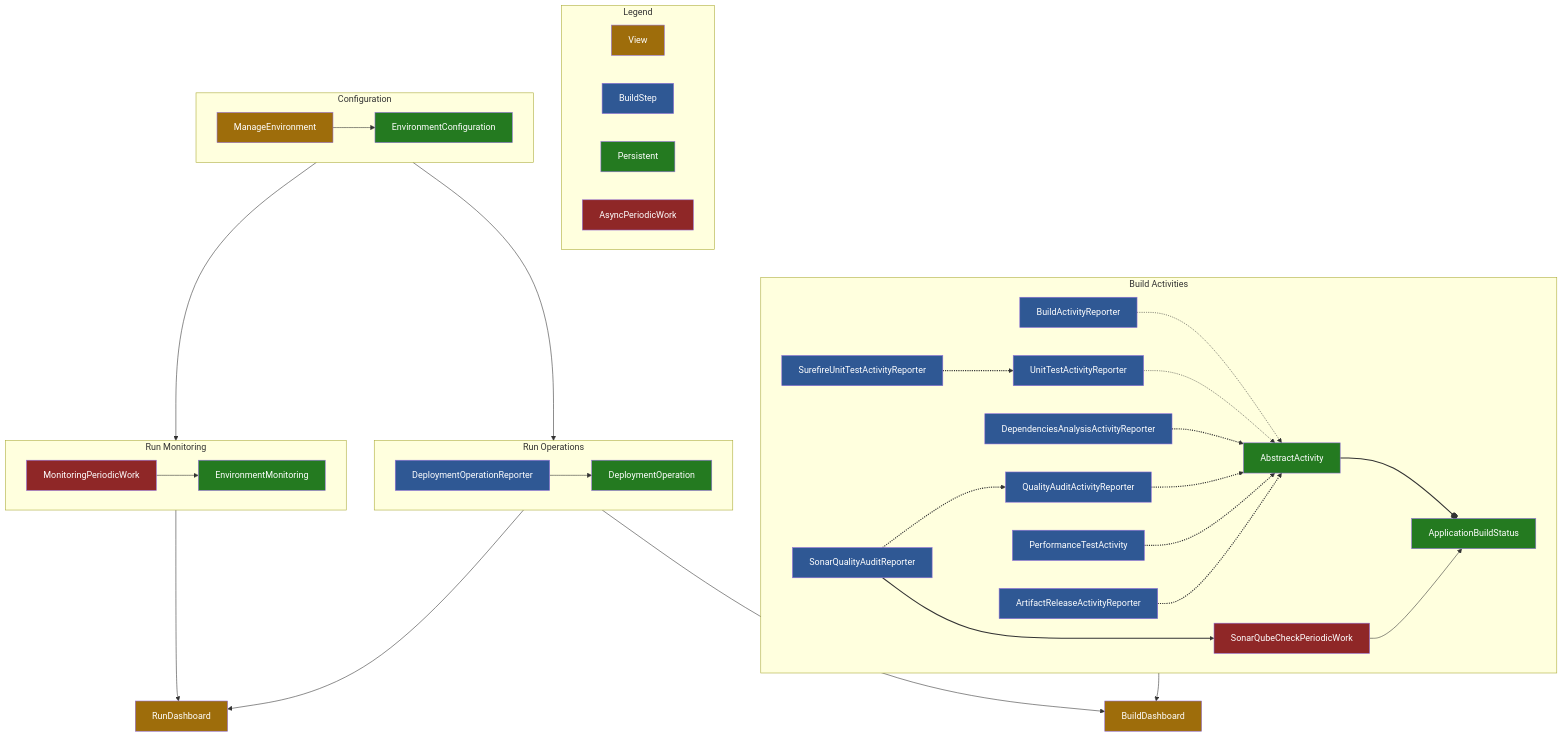
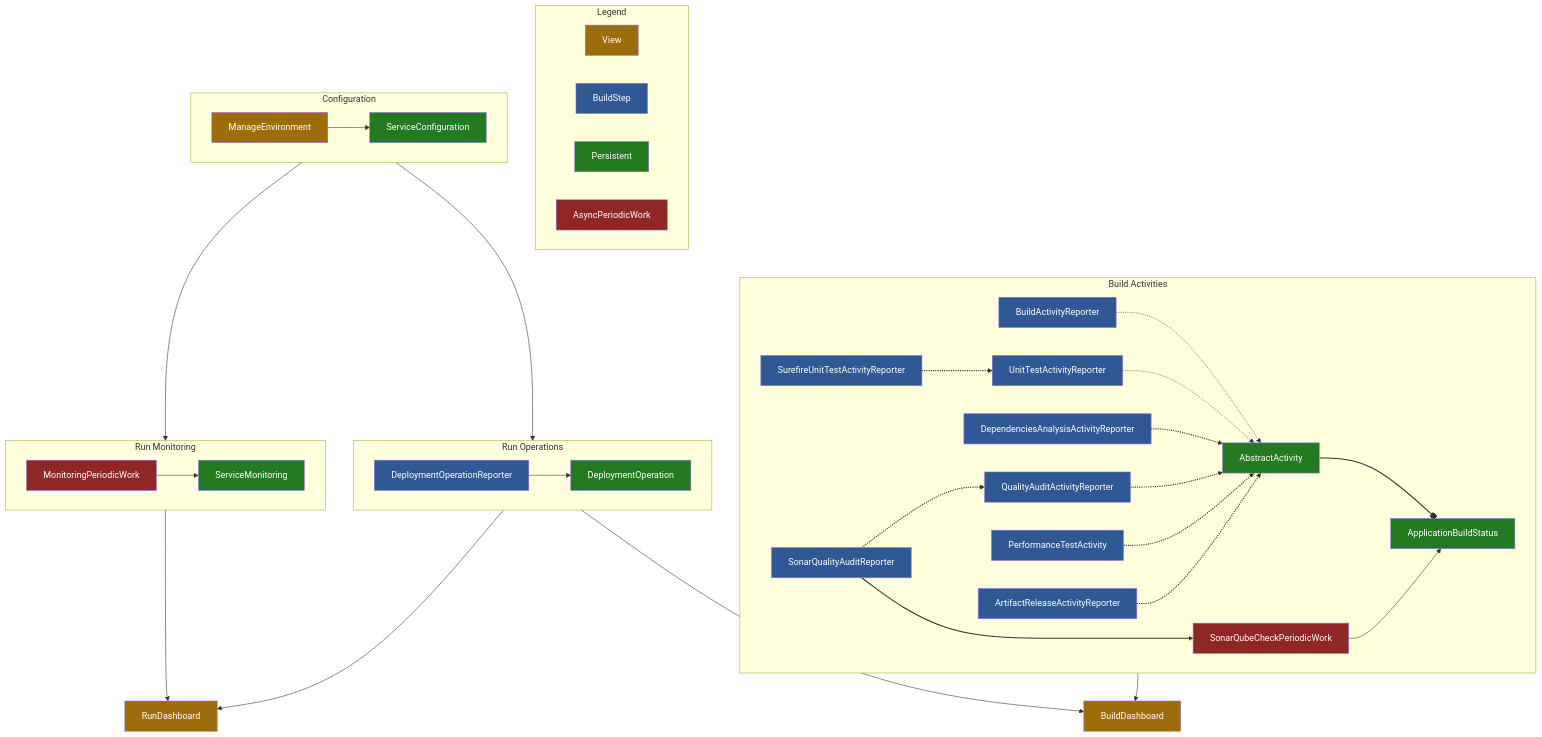
One commit to jenkinsci/devops-portal-plugin changed the diagram in README.md. Above: the diagram before and after it, drawn with Mermaid.

````diff
--- a/README.md
+++ b/README.md
@@ -405,49 +405,49 @@
 ```mermaid
 flowchart TD
 
     subgraph Legend
     View:::view
     BuildStep:::reporter
     Persistent:::entity
     AsyncPeriodicWork:::worker
     end
     
     subgraph Configuration
-    ManageEnvironment:::view --> EnvironmentConfiguration:::entity
+    ManageEnvironment:::view --> ServiceConfiguration:::entity
     end
     
     subgraph BuildActivities[Build Activities]
     BuildActivityReporter:::reporter -.-> AbstractActivity:::entity
     UnitTestActivityReporter:::reporter -.-> AbstractActivity:::entity
     SurefireUnitTestActivityReporter:::reporter -.-> UnitTestActivityReporter:::reporter
     DependenciesAnalysisActivityReporter:::reporter -.-> AbstractActivity:::entity
     QualityAuditActivityReporter:::reporter -.-> AbstractActivity:::entity
     SonarQualityAuditReporter:::reporter -.-> QualityAuditActivityReporter:::reporter
     PerformanceTestActivity:::reporter -.-> AbstractActivity:::entity
     ArtifactReleaseActivityReporter:::reporter -.-> AbstractActivity:::entity
     AbstractActivity:::entity --o ApplicationBuildStatus:::entity
     SonarQualityAuditReporter:::reporter --> SonarQubeCheckPeriodicWork:::worker
     SonarQubeCheckPeriodicWork:::worker --> ApplicationBuildStatus:::entity
     end
 
     subgraph RunOperations[Run Operations]
     DeploymentOperationReporter:::reporter --> DeploymentOperation:::entity
     end
     
     subgraph RunMonitoring[Run Monitoring]
-    MonitoringPeriodicWork:::worker --> EnvironmentMonitoring:::entity
+    MonitoringPeriodicWork:::worker --> ServiceMonitoring:::entity
     end
    
     Configuration --> RunOperations
     Configuration --> RunMonitoring
     RunOperations --> RunDashboard:::view
     RunMonitoring --> RunDashboard:::view
     BuildActivities --> BuildDashboard:::view
     RunOperations --> BuildDashboard:::view
     
     classDef view fill:#9e6d0b,color:#fff
     classDef reporter fill:#2f5894,color:#fff
     classDef entity fill:#247a20,color:#fff
     classDef worker fill:#8f2727,color:#fff
     linkStyle 3,4,5,6,7,8,9,10 stroke-width:2px,fill:none
 ```
````
